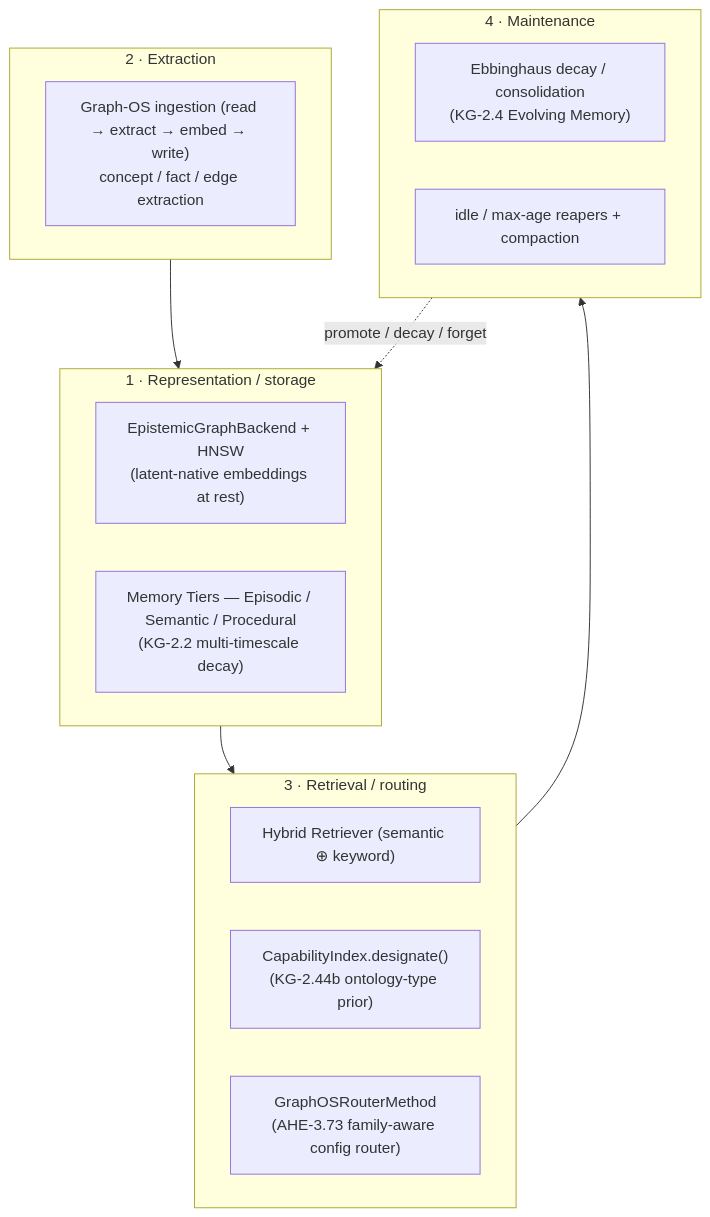
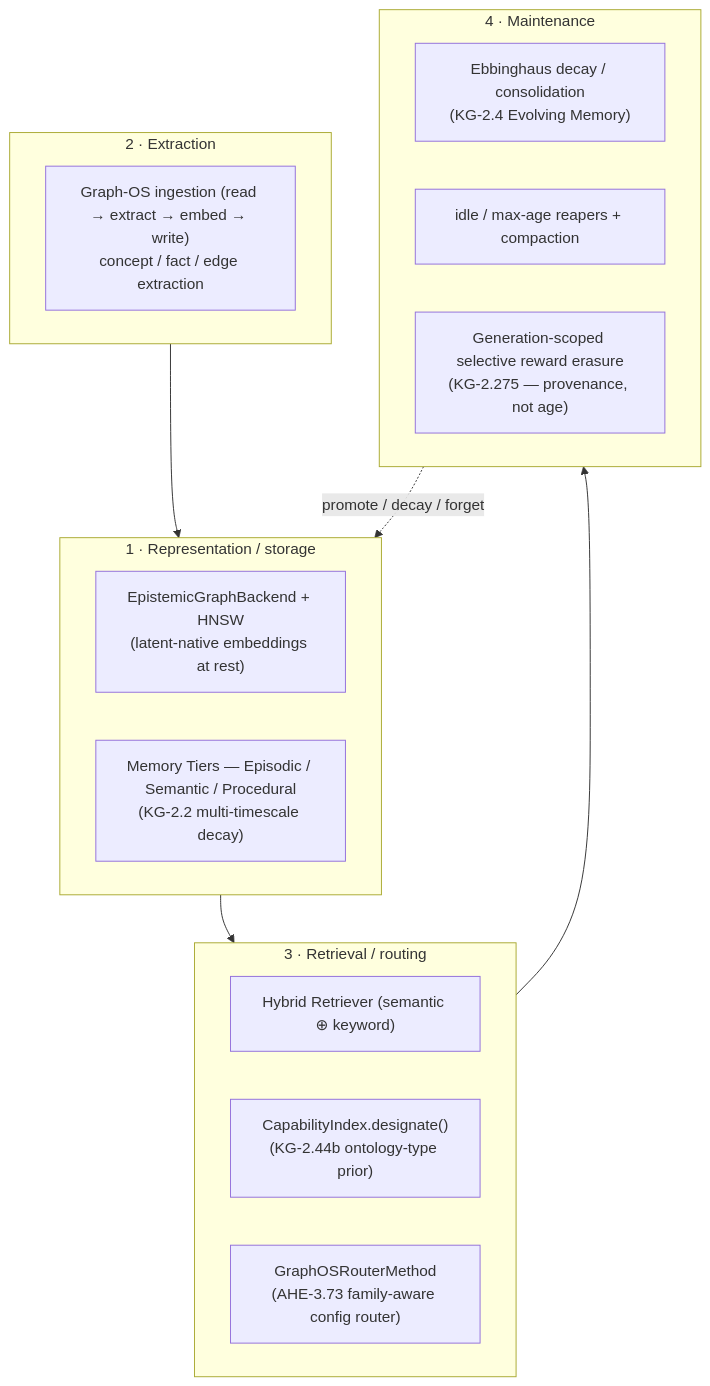
The first of 2 diagrams in docs/pillars/memory_architecture.md (Knuckles-Team/agent-utilities), drawn with Mermaid before and after one commit. The commit also changed other lines of this file and 8 other files, not shown here.

First line of the commit message:
feat(kg): generation-scoped selective reward erasure for memory (KG-2.275)

````diff
--- a/docs/pillars/memory_architecture.md
+++ b/docs/pillars/memory_architecture.md
@@ -31,24 +31,25 @@
 ```mermaid
 flowchart TB
     subgraph REP["1 · Representation / storage"]
         EGB["EpistemicGraphBackend + HNSW<br/>(latent-native embeddings at rest)"]
         TIERS["Memory Tiers — Episodic / Semantic / Procedural<br/>(KG-2.2 multi-timescale decay)"]
     end
     subgraph EXT["2 · Extraction"]
         ING["Graph-OS ingestion (read → extract → embed → write)<br/>concept / fact / edge extraction"]
     end
     subgraph RET["3 · Retrieval / routing"]
         HYB["Hybrid Retriever (semantic ⊕ keyword)"]
         CIDX["CapabilityIndex.designate()<br/>(KG-2.44b ontology-type prior)"]
         ROUTE["GraphOSRouterMethod<br/>(AHE-3.73 family-aware config router)"]
     end
     subgraph MNT["4 · Maintenance"]
         DECAY["Ebbinghaus decay / consolidation<br/>(KG-2.4 Evolving Memory)"]
         REAP["idle / max-age reapers + compaction"]
+        ERASE["Generation-scoped selective reward erasure<br/>(KG-2.275 — provenance, not age)"]
     end
 
     EXT --> REP
     REP --> RET
     RET --> MNT
     MNT -. "promote / decay / forget" .-> REP
 ```
````
